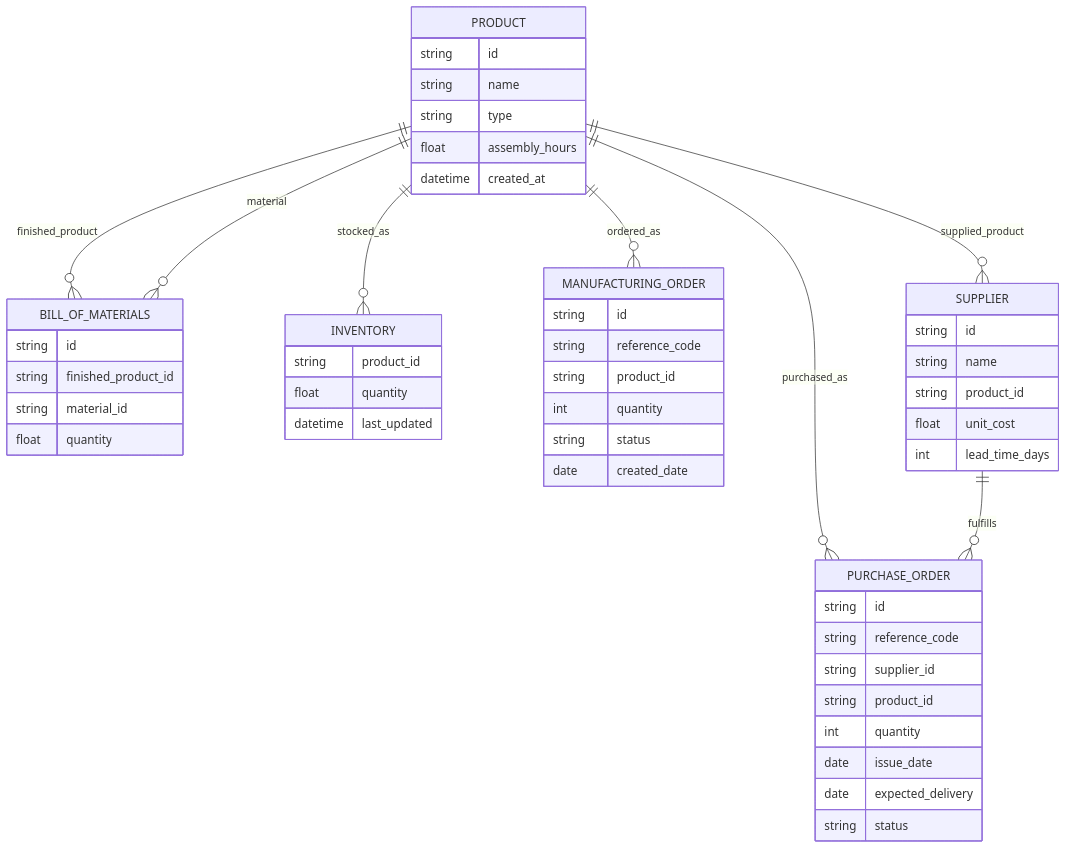
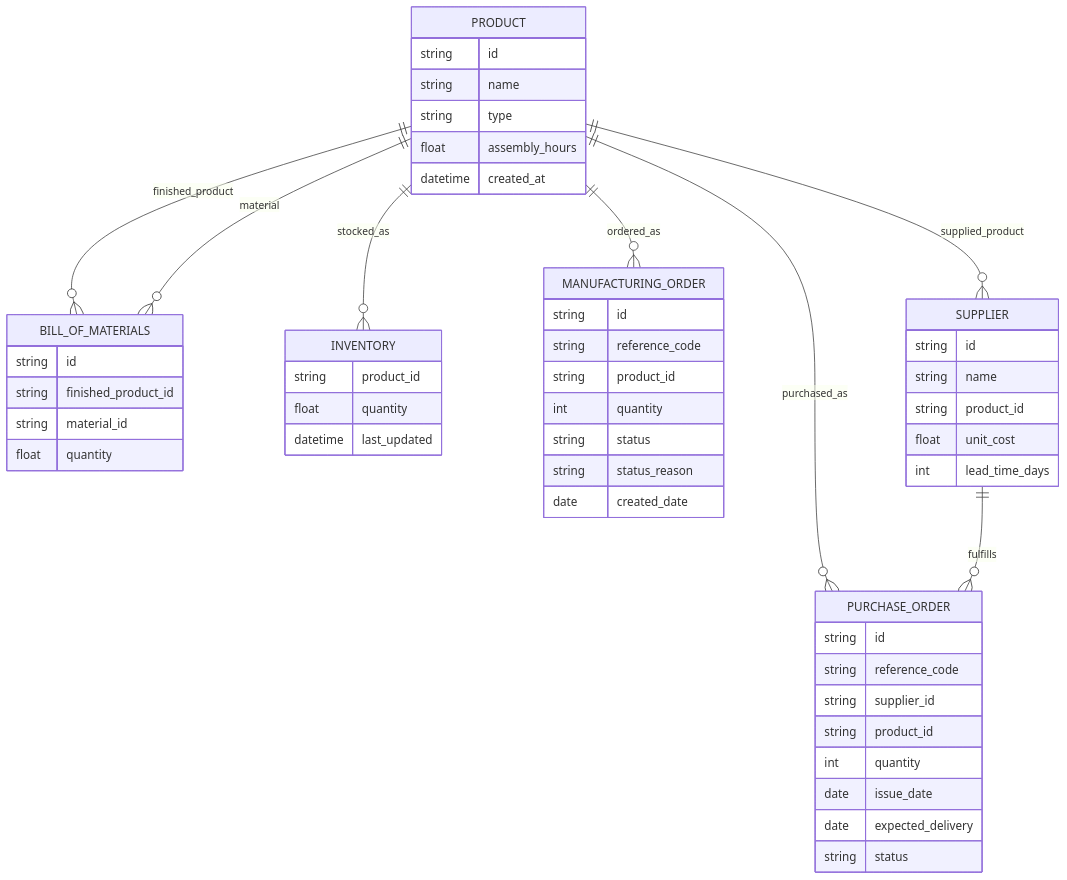
One commit to albieta/printer-factory-sim changed the first of 2 diagrams in docs/report.md. Above: the diagram before and after it, drawn with Mermaid. The commit also changed other lines of this file and 24 other files, not shown here.

````diff
--- a/docs/report.md
+++ b/docs/report.md
@@ -18,59 +18,60 @@
 ```mermaid
 erDiagram
     PRODUCT ||--o{ BILL_OF_MATERIALS : finished_product
     PRODUCT ||--o{ BILL_OF_MATERIALS : material
     PRODUCT ||--o{ INVENTORY : stocked_as
     PRODUCT ||--o{ MANUFACTURING_ORDER : ordered_as
     PRODUCT ||--o{ PURCHASE_ORDER : purchased_as
     PRODUCT ||--o{ SUPPLIER : supplied_product
     SUPPLIER ||--o{ PURCHASE_ORDER : fulfills
 
     PRODUCT {
         string id
         string name
         string type
         float assembly_hours
         datetime created_at
     }
 
     BILL_OF_MATERIALS {
         string id
         string finished_product_id
         string material_id
         float quantity
     }
 
     INVENTORY {
         string product_id
         float quantity
         datetime last_updated
     }
 
     SUPPLIER {
         string id
         string name
         string product_id
         float unit_cost
         int lead_time_days
     }
 
     MANUFACTURING_ORDER {
         string id
         string reference_code
         string product_id
         int quantity
         string status
+        string status_reason
         date created_date
     }
 
     PURCHASE_ORDER {
         string id
         string reference_code
         string supplier_id
         string product_id
         int quantity
         date issue_date
         date expected_delivery
         string status
     }
 ```
````
